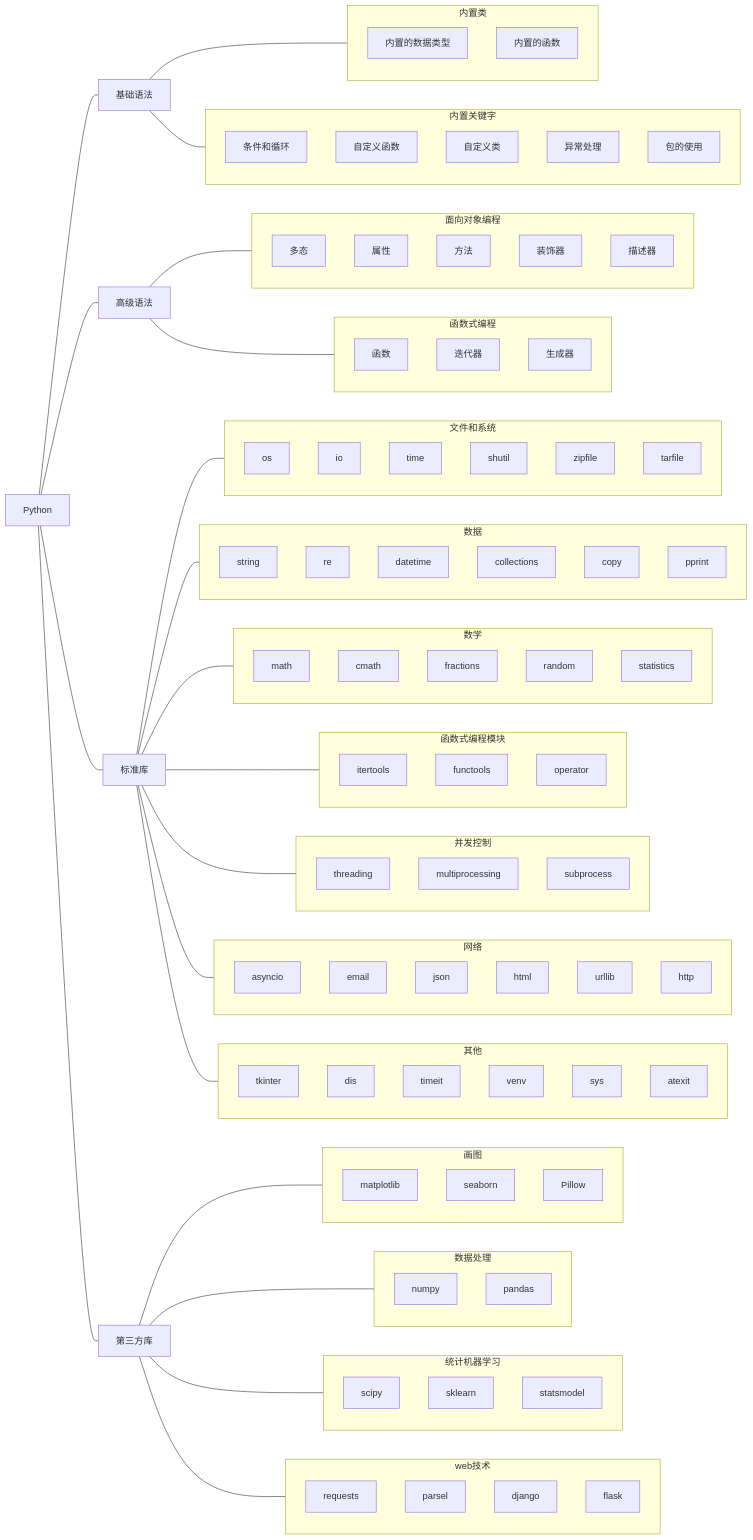
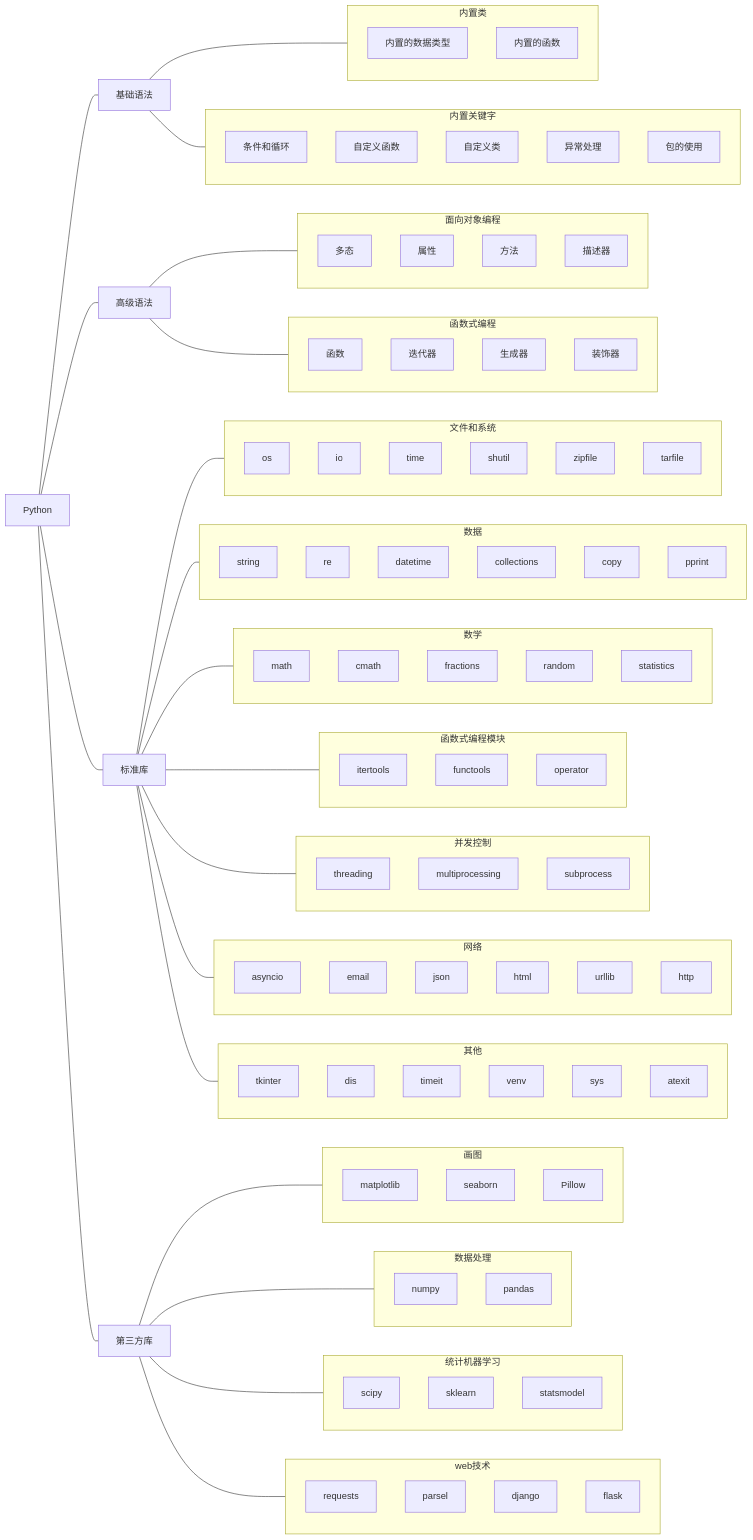
The diagram in docs/Python/index.md (AIboy996/AIboy996.GitHub.io), drawn with Mermaid before and after one commit. The commit also changed 3 other files, not shown here.

````diff
--- a/docs/Python/index.md
+++ b/docs/Python/index.md
@@ -44,79 +44,78 @@
 ```mermaid
 flowchart LR
     subgraph 内置类
     内置的数据类型
     内置的函数
     end
     subgraph 内置关键字
     条件和循环
     自定义函数
     自定义类
     异常处理
     包的使用
     end
     subgraph 面向对象编程
     多态
     属性
     方法
-    装饰器
     描述器
     end
     subgraph 函数式编程
     函数
     迭代器
     生成器
     装饰器
     end
     Python --- 基础语法 & 高级语法 & 标准库 & 第三方库
     基础语法 --- 内置类 & 内置关键字
     高级语法 --- 面向对象编程 & 函数式编程
     
     subgraph 画图
     matplotlib
     seaborn
     Pillow
     end
     subgraph 数据处理
     numpy
     pandas
     end
     subgraph 统计机器学习
     scipy
     sklearn
     statsmodel
     end
     subgraph web技术
     requests
     parsel
     django
     flask
     end
     
     第三方库 --- 画图 & 数据处理 & 统计机器学习 & web技术
     subgraph 文件和系统
     os;io;time;shutil;
   	zipfile;tarfile;
     end
     subgraph 数据
     string;re;datetime;
     collections;copy;pprint;
     end
     subgraph 数学
     math; cmath; fractions; random; statistics
     end
     subgraph 函数式编程模块
     itertools; functools; operator
     end
     subgraph 并发控制
     threading; multiprocessing; subprocess;
     end
     subgraph 网络
     asyncio;email; json; html; urllib; http;
     end
     subgraph 其他
     tkinter;dis;timeit;venv;sys;atexit;dis
     end
     标准库 --- 文件和系统 & 数据 & 数学 & 函数式编程模块 & 并发控制 & 网络 & 其他
     
     
 ```
````
